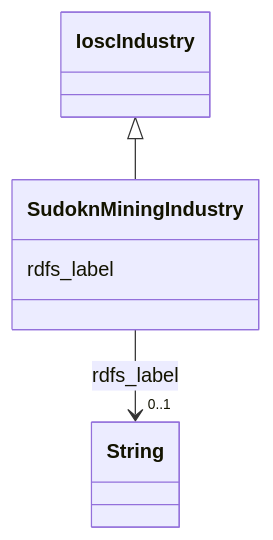
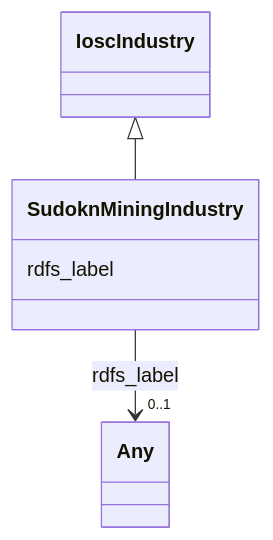
Before and after one commit to frink-okn/graph-descriptions: the diagram in sudokn-kg/classes/SudoknMiningIndustry.md, drawn with Mermaid. The commit also changed other lines of this file and 903 other files, not shown here.

````diff
--- a/sudokn-kg/classes/SudoknMiningIndustry.md
+++ b/sudokn-kg/classes/SudoknMiningIndustry.md
@@ -23,18 +18,18 @@
 ```mermaid
  classDiagram
     class SudoknMiningIndustry
     click SudoknMiningIndustry href "../SudoknMiningIndustry"
       IoscIndustry <|-- SudoknMiningIndustry
         click IoscIndustry href "../IoscIndustry"
       
       SudoknMiningIndustry : rdfs_label
         
           
     
     
-    SudoknMiningIndustry --> "0..1" String : rdfs_label
-    click String href "../String"
+    SudoknMiningIndustry --> "0..1" Any : rdfs_label
+    click Any href "../Any"
 
         
       
 ```
````
